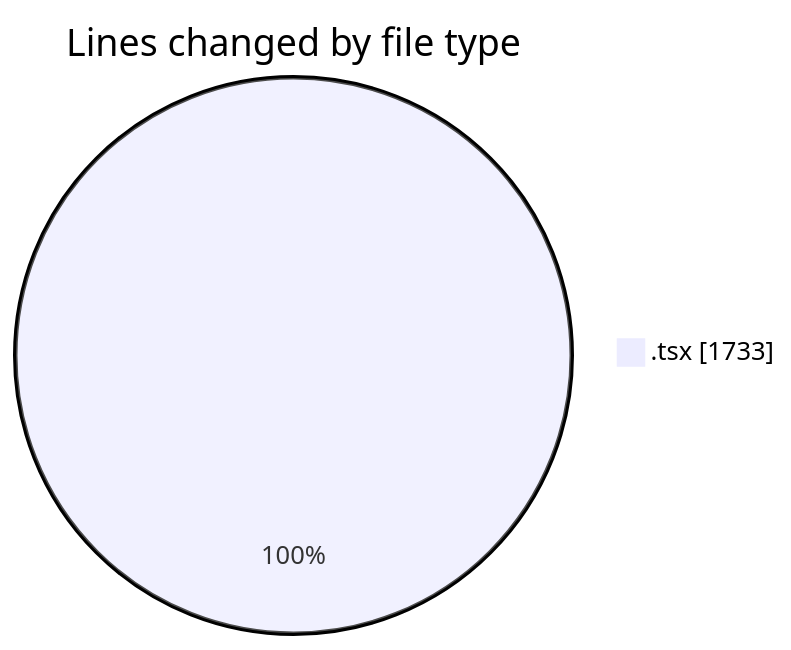
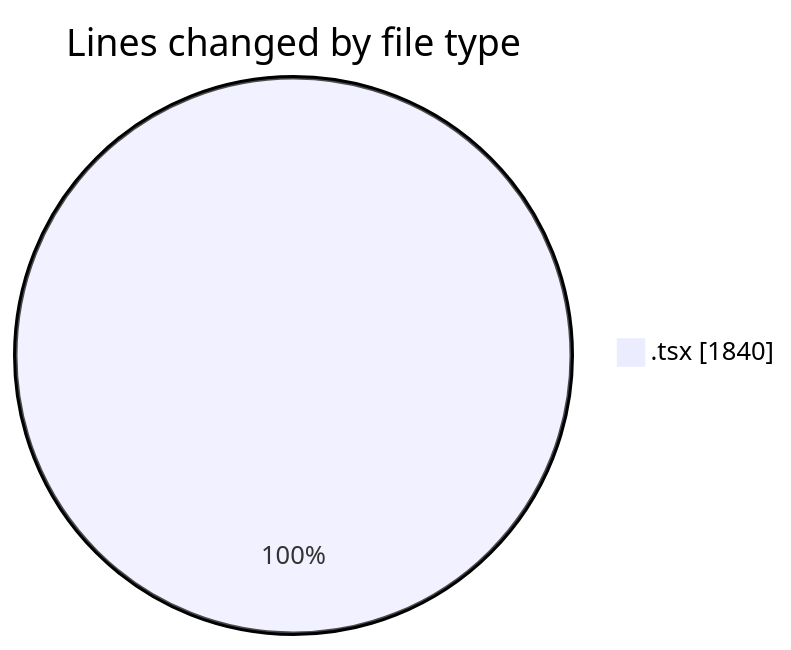
Before and after one commit to nxtqubesakshisongat/code-tracking: the first of 2 diagrams in 2026-06-10/nxtqube_webapp/README.md, drawn with Mermaid. The commit also changed other lines of this file and 1 other file, not shown here.

````diff
--- a/2026-06-10/nxtqube_webapp/README.md
+++ b/2026-06-10/nxtqube_webapp/README.md
@@ -21,5 +21,5 @@
 ```mermaid
 pie showData
 title Lines changed by file type
-".tsx" : 1733
+".tsx" : 1840
 ```
````
